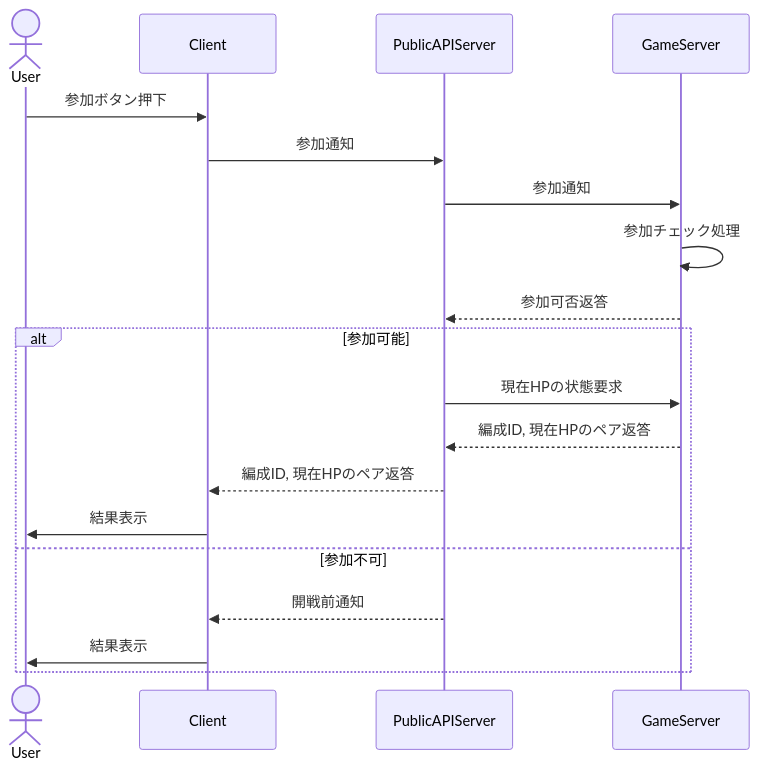
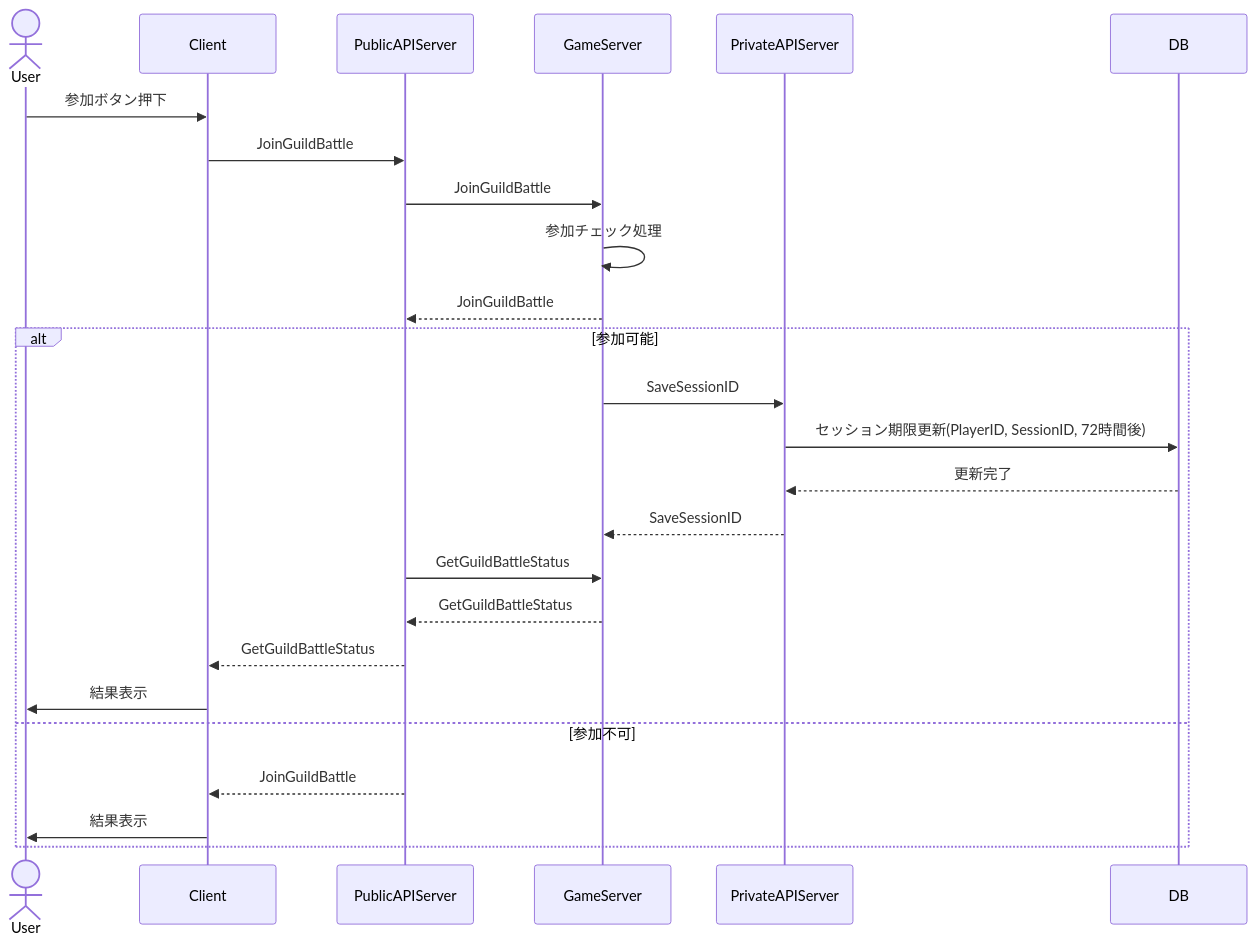
The fifth of 17 diagrams in guild_battle.md (ReHydrangeaOdyssey/Specifications), drawn with Mermaid before and after one commit. The commit also changed other lines of this file and 15 other files, not shown here.

````diff
--- a/guild_battle.md
+++ b/guild_battle.md
@@ -573,24 +577,30 @@
 ```mermaid
 sequenceDiagram
     actor User
     participant Client
     participant PublicAPIServer
     participant GameServer
+    participant PrivateAPIServer
+    participant DB
 
     User ->> Client: 参加ボタン押下
-    Client ->> PublicAPIServer: 参加通知
-    PublicAPIServer ->> GameServer: 参加通知
+    Client ->> PublicAPIServer: JoinGuildBattle
+    PublicAPIServer ->> GameServer: JoinGuildBattle
     GameServer ->> GameServer: 参加チェック処理
-    GameServer -->> PublicAPIServer: 参加可否返答
+    GameServer -->> PublicAPIServer: JoinGuildBattle
 
     alt 参加可能
-        PublicAPIServer ->> GameServer: 現在HPの状態要求
-        GameServer -->> PublicAPIServer: 編成ID, 現在HPのペア返答
-        PublicAPIServer -->> Client: 編成ID, 現在HPのペア返答
+        GameServer ->> PrivateAPIServer: SaveSessionID
+        PrivateAPIServer ->> DB: セッション期限更新(PlayerID, SessionID, 72時間後)
+        DB -->> PrivateAPIServer: 更新完了
+        PrivateAPIServer -->> GameServer: SaveSessionID
+        PublicAPIServer ->> GameServer: GetGuildBattleStatus
+        GameServer -->> PublicAPIServer: GetGuildBattleStatus
+        PublicAPIServer -->> Client: GetGuildBattleStatus
         Client ->> User: 結果表示
     else 参加不可
-        PublicAPIServer -->> Client: 開戦前通知
+        PublicAPIServer -->> Client: JoinGuildBattle
         Client ->> User: 結果表示
     end
 
 ```
````
